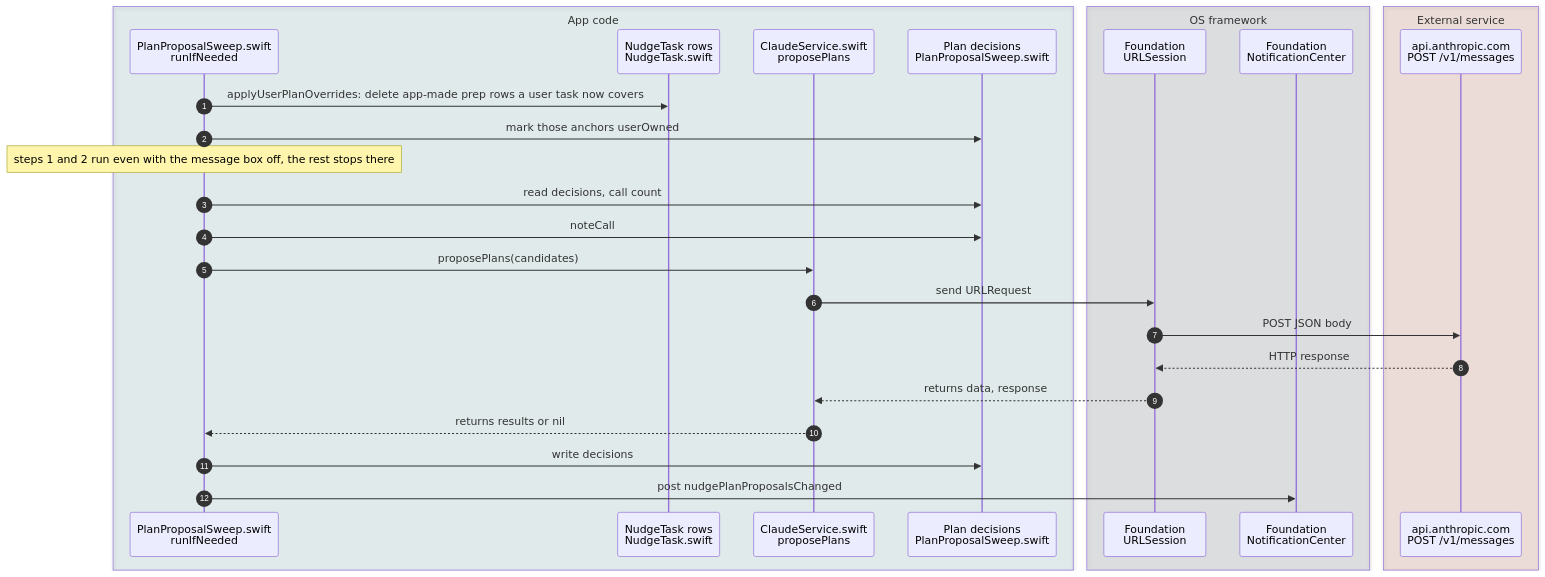
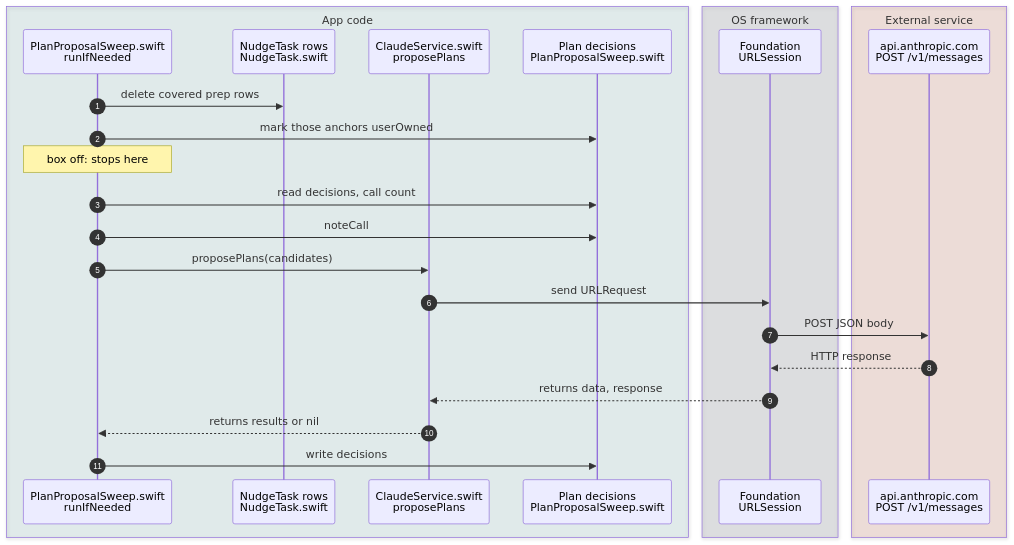
One commit to deblaseroman/nudge-app changed the diagram in docs/diagrams/capture-sequence-9-plans.mmd. Above: the diagram before and after it, drawn with Mermaid. The commit also changed 1 other file, not shown here.

Commit message:
Capture picture 9: six boxes, short step 1 and note, detail in the steps table
NotificationCenter post moved from the picture into step 11's row.

```diff
--- a/docs/diagrams/capture-sequence-9-plans.mmd
+++ b/docs/diagrams/capture-sequence-9-plans.mmd
@@ -1,30 +1,28 @@
 %% artifact: https://claude.ai/artifact/V94jwh3z6f3bumw16V9xGk
 %% commit ede6774 · after the save, call 4: the user's own plans first replace app-made sessions, then due-dated items are judged for a preparation plan and the verdicts stored in App Group defaults. Steps are explained in the table on the page.
 sequenceDiagram
   autonumber
   box rgba(14,111,111,0.10) App code
     participant RUNP as PlanProposalSweep.swift<br/>runIfNeeded
     participant TASKS as NudgeTask rows<br/>NudgeTask.swift
     participant PROPOSE as ClaudeService.swift<br/>proposePlans
     participant DEC as Plan decisions<br/>PlanProposalSweep.swift
   end
   box rgba(93,100,113,0.16) OS framework
     participant URLS as Foundation<br/>URLSession
-    participant NC as Foundation<br/>NotificationCenter
   end
   box rgba(179,64,31,0.14) External service
     participant API as api.anthropic.com<br/>POST /v1/messages
   end
-  RUNP->>TASKS: applyUserPlanOverrides: delete app-made prep rows a user task now covers
+  RUNP->>TASKS: delete covered prep rows
   RUNP->>DEC: mark those anchors userOwned
-  Note over RUNP: steps 1 and 2 run even with the message box off, the rest stops there
+  Note over RUNP: box off: stops here
   RUNP->>DEC: read decisions, call count
   RUNP->>DEC: noteCall
   RUNP->>PROPOSE: proposePlans(candidates)
   PROPOSE->>URLS: send URLRequest
   URLS->>API: POST JSON body
   API-->>URLS: HTTP response
   URLS-->>PROPOSE: returns data, response
   PROPOSE-->>RUNP: returns results or nil
   RUNP->>DEC: write decisions
-  RUNP->>NC: post nudgePlanProposalsChanged
```
